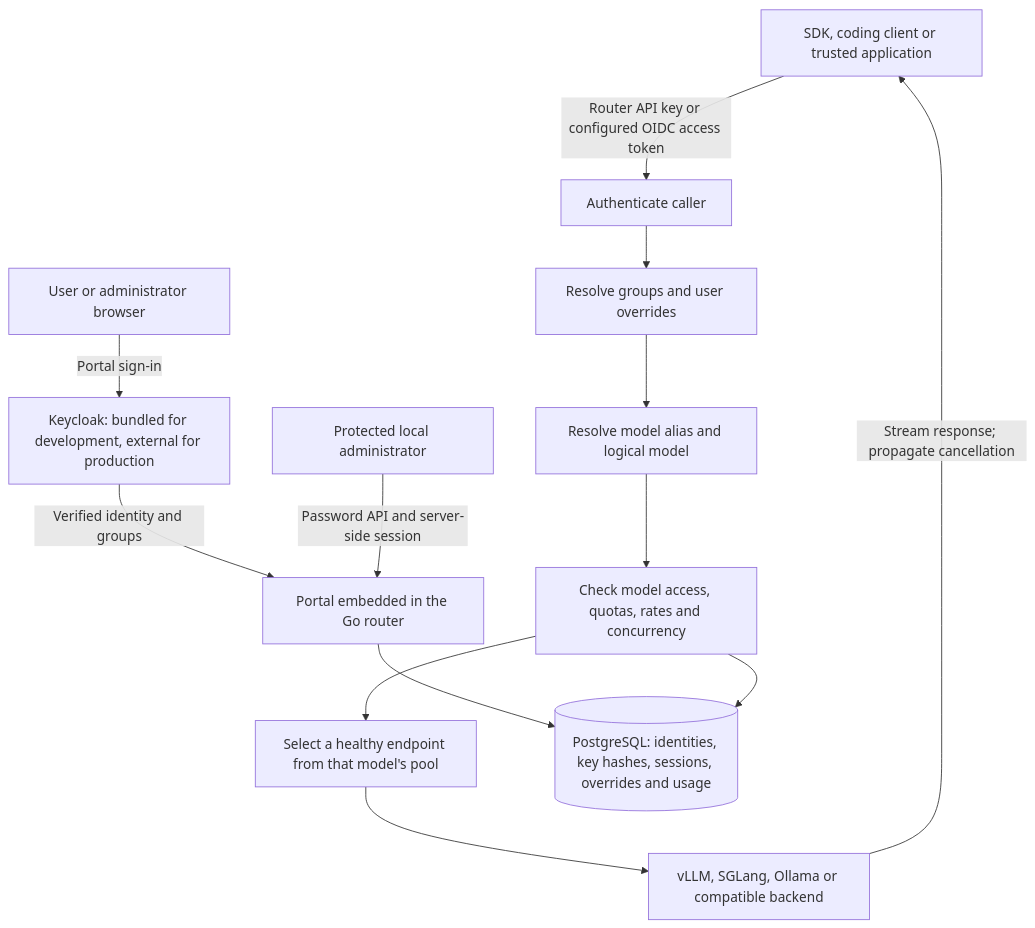
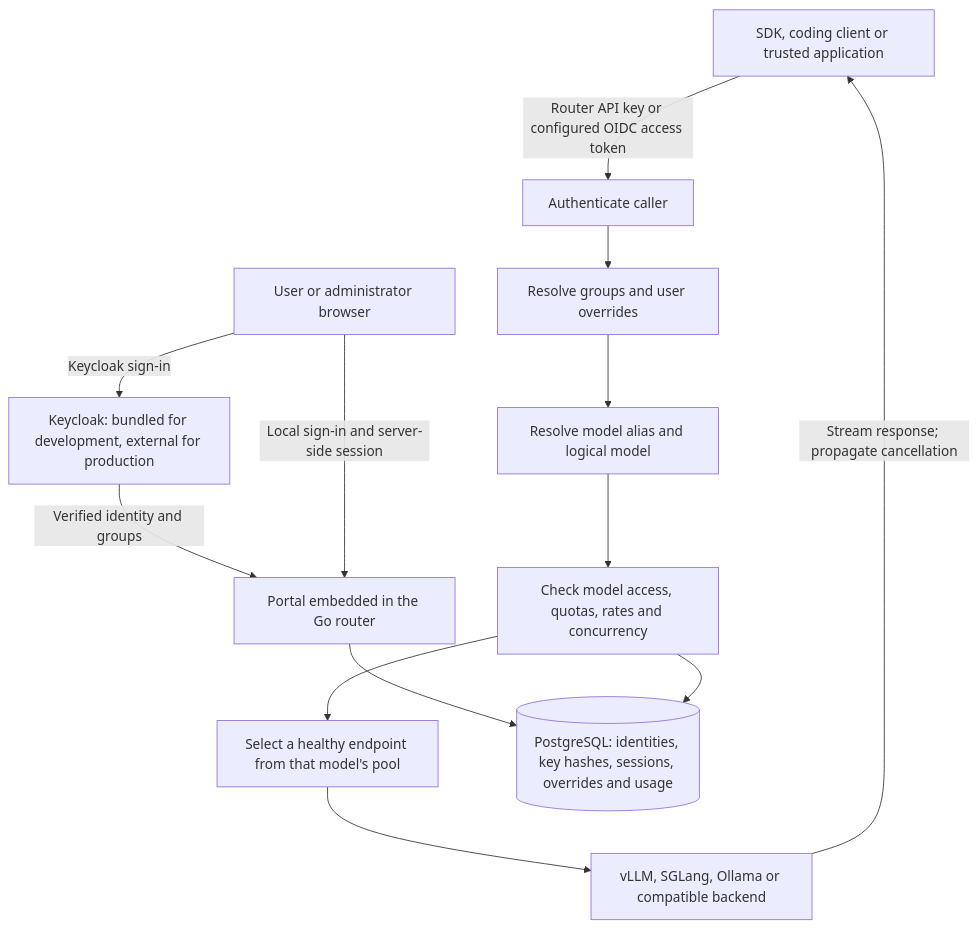
The diagram in docs/ADMIN_GUIDE.md (arm2arm/open-llm-router), drawn with Mermaid before and after one commit. The commit also changed other lines of this file and 18 other files, not shown here.

Commit message:
Add local and Keycloak portal sign-in and password forms

````diff
--- a/docs/ADMIN_GUIDE.md
+++ b/docs/ADMIN_GUIDE.md
@@ -147,15 +167,15 @@
 ```mermaid
 flowchart TD
-    Browser[User or administrator browser] -->|Portal sign-in| KC[Keycloak: bundled for development, external for production]
+    Browser[User or administrator browser] -->|Keycloak sign-in| KC[Keycloak: bundled for development, external for production]
     KC -->|Verified identity and groups| Portal[Portal embedded in the Go router]
-    Local[Protected local administrator] -->|Password API and server-side session| Portal
+    Browser -->|Local sign-in and server-side session| Portal
     Client[SDK, coding client or trusted application] -->|Router API key or configured OIDC access token| Auth[Authenticate caller]
     Auth --> Policy[Resolve groups and user overrides]
     Policy --> Model[Resolve model alias and logical model]
     Model --> Limits[Check model access, quotas, rates and concurrency]
     Limits --> Pool[Select a healthy endpoint from that model's pool]
     Pool --> Backend[vLLM, SGLang, Ollama or compatible backend]
     Backend -->|Stream response; propagate cancellation| Client
     Portal --> DB[(PostgreSQL: identities, key hashes, sessions, overrides and usage)]
     Limits --> DB
 ```
````
